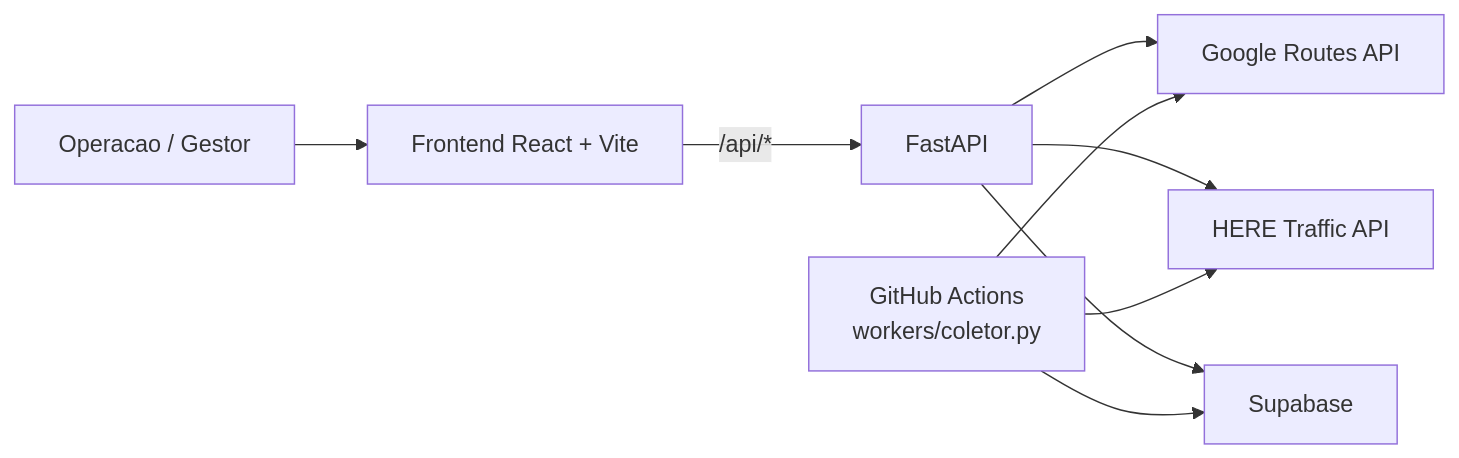
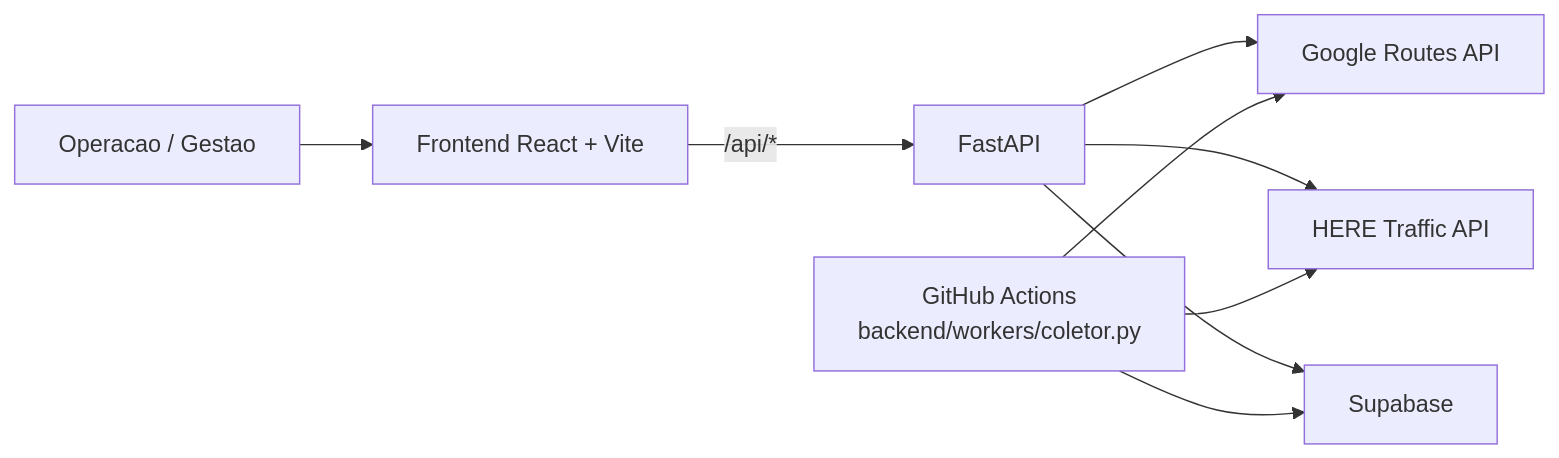
Before and after one commit to Ivaanildo/monitoramento-dinamico: the diagram in README.md, drawn with Mermaid. The commit also changed other lines of this file and 8 other files, not shown here.

````diff
--- a/README.md
+++ b/README.md
@@ -26,11 +139,11 @@
 ```mermaid
 flowchart LR
-    User["Operacao / Gestor"] --> Frontend["Frontend React + Vite"]
+    User["Operacao / Gestao"] --> Frontend["Frontend React + Vite"]
     Frontend -->|/api/*| Backend["FastAPI"]
     Backend --> Google["Google Routes API"]
     Backend --> Here["HERE Traffic API"]
     Backend --> Supabase["Supabase"]
-    Worker["GitHub Actions<br/>workers/coletor.py"] --> Google
+    Worker["GitHub Actions<br/>backend/workers/coletor.py"] --> Google
     Worker --> Here
     Worker --> Supabase
 ```
````
